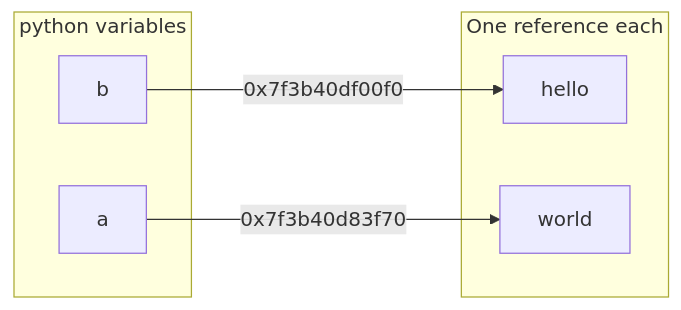
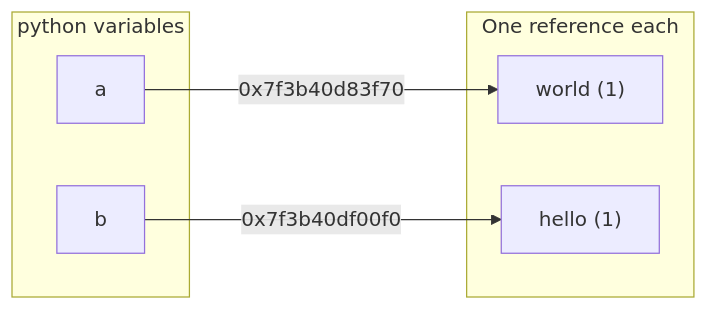
One commit to GAMR1520/GAMR1520 changed the third of 4 diagrams in _lectures/python internals.md. Above: the diagram before and after it, drawn with Mermaid. The commit also changed other lines of this file and 1 other file, not shown here.

```diff
--- a/_lectures/python internals.md
+++ b/_lectures/python internals.md
@@ -84,13 +84,13 @@
     <div class="mermaid">
     flowchart LR;
     subgraph python variables
         a
         b
     end
     subgraph One reference each
-        hello
-        world
+        world["world (1)"]
+        hello["hello (1)"]
     end
     a -- 0x7f3b40d83f70 ---> world
     b -- 0x7f3b40df00f0 ---> hello
     </div>
```
